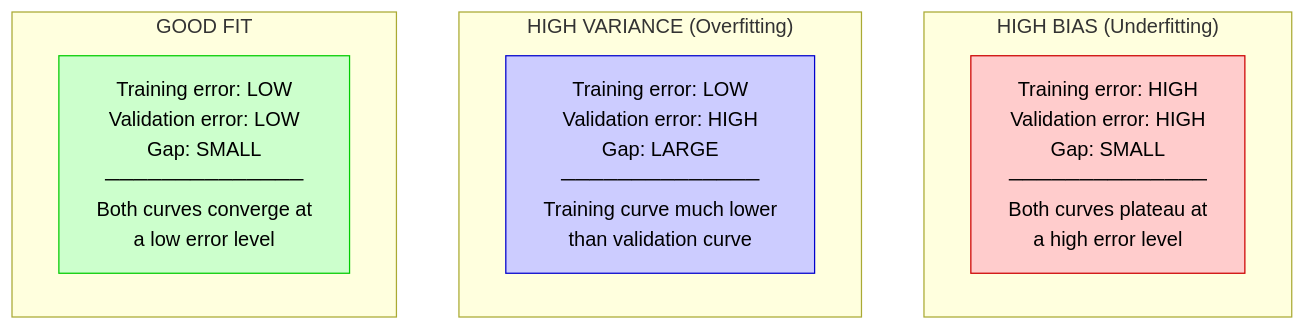
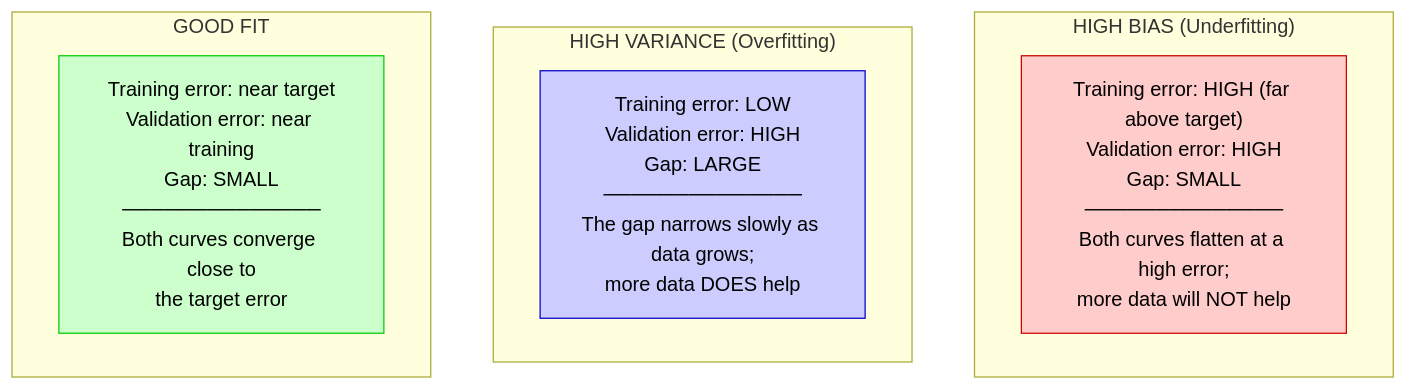
Before and after one commit to Hmago/ml4: the second of 47 diagrams in content/34_google_top10_ml_interview.md, drawn with Mermaid. The commit also changed other lines of this file and 59 other files, not shown here.

````diff
--- a/content/34_google_top10_ml_interview.md
+++ b/content/34_google_top10_ml_interview.md
@@ -157,18 +175,18 @@
 ```mermaid
 graph TD
     subgraph "HIGH BIAS (Underfitting)"
-        HB["Training error: HIGH<br/>Validation error: HIGH<br/>Gap: SMALL<br/>──────────────<br/>Both curves plateau at<br/>a high error level"]
+        HB["Training error: HIGH (far above target)<br/>Validation error: HIGH<br/>Gap: SMALL<br/>──────────────<br/>Both curves flatten at a high error;<br/>more data will NOT help"]
     end
 
     subgraph "HIGH VARIANCE (Overfitting)"
-        HV["Training error: LOW<br/>Validation error: HIGH<br/>Gap: LARGE<br/>──────────────<br/>Training curve much lower<br/>than validation curve"]
+        HV["Training error: LOW<br/>Validation error: HIGH<br/>Gap: LARGE<br/>──────────────<br/>The gap narrows slowly as data grows;<br/>more data DOES help"]
     end
 
     subgraph "GOOD FIT"
-        GF["Training error: LOW<br/>Validation error: LOW<br/>Gap: SMALL<br/>──────────────<br/>Both curves converge at<br/>a low error level"]
+        GF["Training error: near target<br/>Validation error: near training<br/>Gap: SMALL<br/>──────────────<br/>Both curves converge close to<br/>the target error"]
     end
 
     style HB fill:#ffcccc,stroke:#cc0000,color:#000
     style HV fill:#ccccff,stroke:#0000cc,color:#000
     style GF fill:#ccffcc,stroke:#00cc00,color:#000
 ```
````
